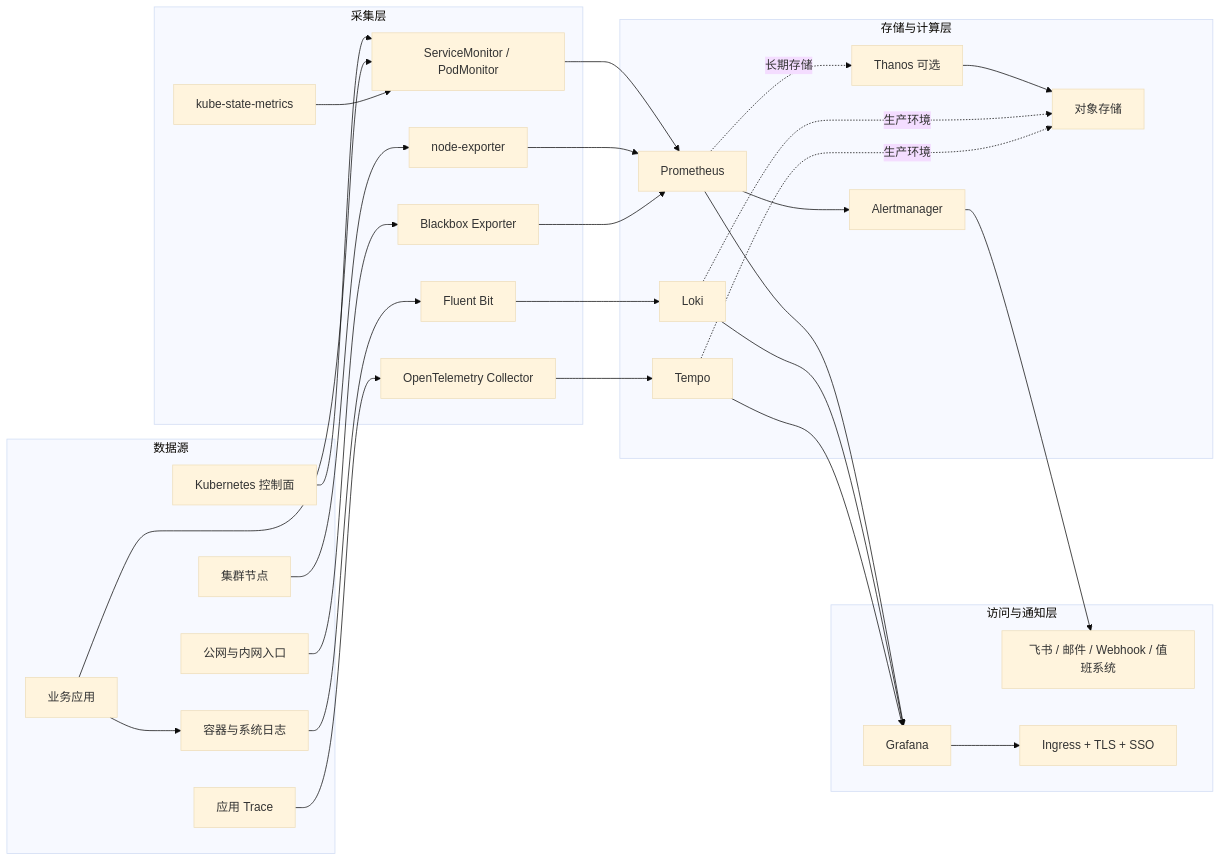
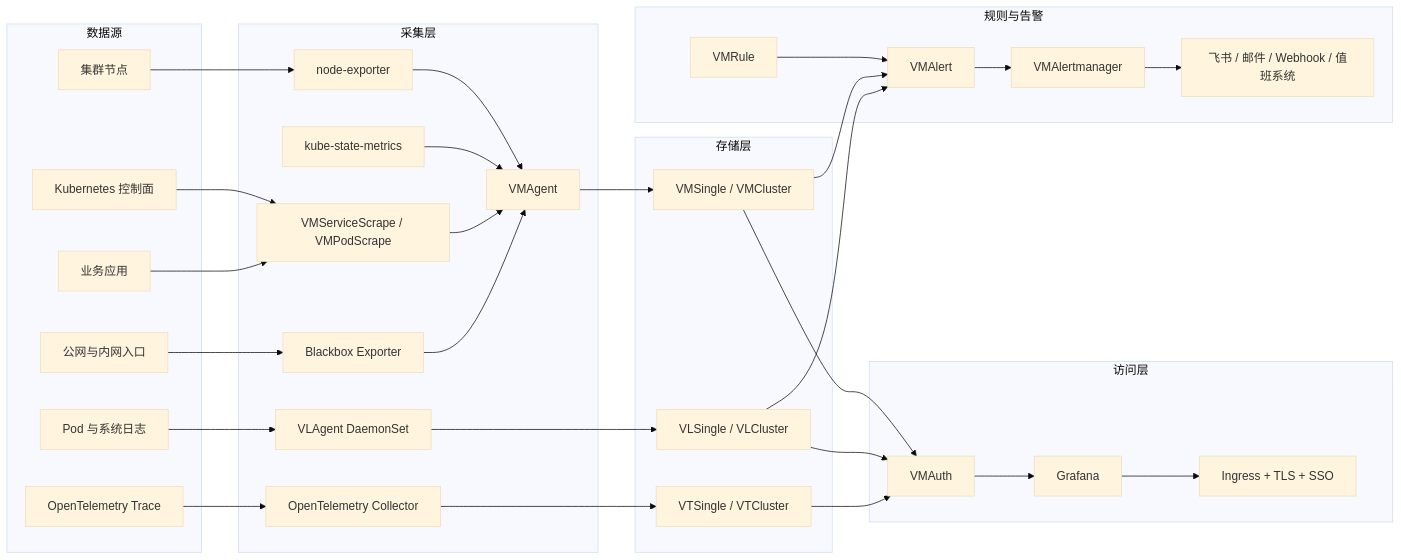
One commit to Xparkone/obsidian changed the diagram in 运维笔记/监控/Kubernetes-Helm生产级监控方案.md. Above: the diagram before and after it, drawn with Mermaid (base theme). The commit also changed other lines of this file and 1 other file, not shown here.

````diff
--- a/运维笔记/监控/Kubernetes-Helm生产级监控方案.md
+++ b/运维笔记/监控/Kubernetes-Helm生产级监控方案.md
@@ -52,54 +80,58 @@
 ```mermaid
 flowchart LR
     subgraph Sources[数据源]
         CP[Kubernetes 控制面]
         Nodes[集群节点]
         Apps[业务应用]
-        Logs[容器与系统日志]
+        PodLogs[Pod 与系统日志]
         Endpoints[公网与内网入口]
-        Traces[应用 Trace]
+        AppTraces[OpenTelemetry Trace]
     end
 
-    subgraph Collectors[采集层]
+    subgraph Collection[采集层]
         KSM[kube-state-metrics]
         NE[node-exporter]
-        SM[ServiceMonitor / PodMonitor]
-        FB[Fluent Bit]
+        Scrapes[VMServiceScrape / VMPodScrape]
+        VMA[VMAgent]
+        VLA[VLAgent DaemonSet]
         BB[Blackbox Exporter]
         OTel[OpenTelemetry Collector]
     end
 
-    subgraph Storage[存储与计算层]
-        Prom[Prometheus]
-        AM[Alertmanager]
-        Loki[Loki]
-        Tempo[Tempo]
-        Thanos[Thanos 可选]
-        Obj[对象存储]
+    subgraph Storage[存储层]
+        VMS[VMSingle / VMCluster]
+        VLS[VLSingle / VLCluster]
+        VTS[VTSingle / VTCluster]
     end
 
-    subgraph Access[访问与通知层]
+    subgraph Alerting[规则与告警]
+        VMR[VMRule]
+        VMAle[VMAlert]
+        AM[VMAlertmanager]
+        Notify[飞书 / 邮件 / Webhook / 值班系统]
+    end
+
+    subgraph Access[访问层]
+        Auth[VMAuth]
         Grafana[Grafana]
-        Notify[飞书 / 邮件 / Webhook / 值班系统]
         Ingress[Ingress + TLS + SSO]
     end
 
-    CP --> SM
-    Nodes --> NE
-    Apps --> SM
-    Apps --> Logs
-    Logs --> FB --> Loki
-    Endpoints --> BB
-    Traces --> OTel --> Tempo
-    KSM --> SM --> Prom
-    NE --> Prom
-    BB --> Prom
-    Prom --> AM --> Notify
-    Prom -.长期存储.-> Thanos --> Obj
-    Loki -.生产环境.-> Obj
-    Tempo -.生产环境.-> Obj
-    Prom --> Grafana
-    Loki --> Grafana
-    Tempo --> Grafana
-    Grafana --> Ingress
+    CP --> Scrapes
+    Nodes --> NE --> VMA
+    KSM --> VMA
+    Apps --> Scrapes --> VMA --> VMS
+    PodLogs --> VLA --> VLS
+    Endpoints --> BB --> VMA
+    AppTraces --> OTel --> VTS
+
+    VMR --> VMAle
+    VMS --> VMAle
+    VLS --> VMAle
+    VMAle --> AM --> Notify
+
+    VMS --> Auth
+    VLS --> Auth
+    VTS --> Auth
+    Auth --> Grafana --> Ingress
 ```
````
